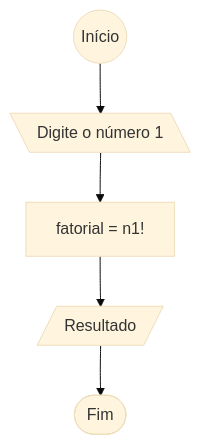
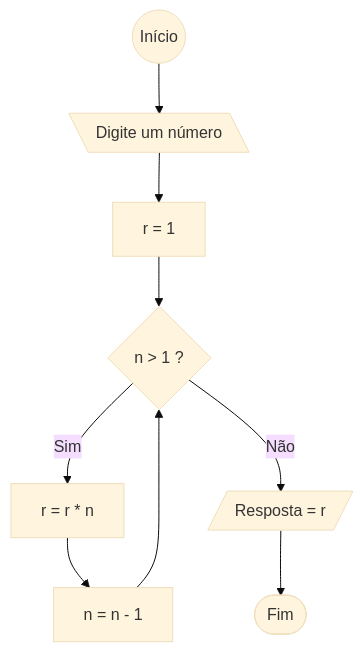
The eighth of 10 diagrams in Listas de Exercícios/LP_Lista_01/README.md (MarcelaMulato/ADS_LP), drawn with Mermaid (base theme) before and after one commit. The commit also changed other lines of this file and 42 other files, not shown here.

````diff
--- a/Listas de Exercícios/LP_Lista_01/README.md
+++ b/Listas de Exercícios/LP_Lista_01/README.md
@@ -127,7 +122,11 @@
    ```mermaid
    flowchart TD
-      start(( Início )) --> n1[\ Digite o número 1\]
-      n1 --> fatorial[ fatorial = n1! ]
-      fatorial --> resultado[/ Resultado /]
-      resultado --> finish([ Fim ])
+        start(( Início )) --> input[\ Digite um número \]
+        input --> fat[ r = 1 ]
+        fat --> verification{ n > 1 ?}
+        verification --> |Sim| A[ r = r * n ]
+        A --> C[ n = n - 1]
+        C --> verification
+        verification --> |Não| B[/ Resposta = r /]
+        B --> finish([ Fim ])
    ```
````
